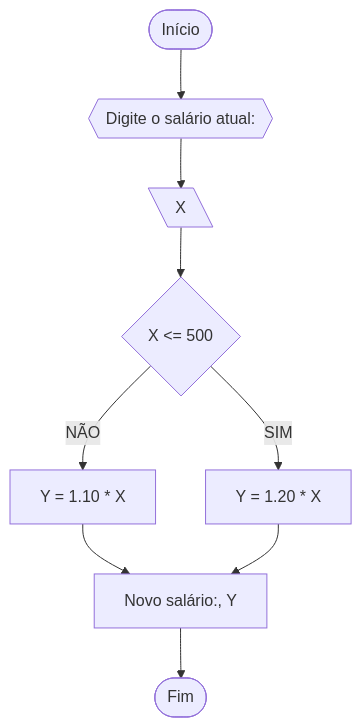
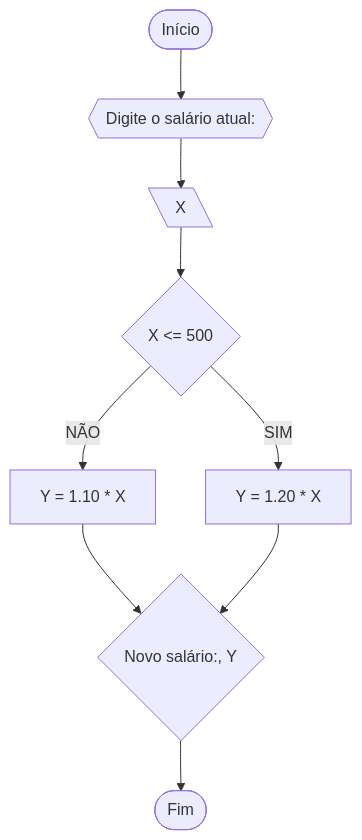
The second of 4 diagrams in RLA/lista_exercicio.md (Jandih/Unifor), drawn with Mermaid before and after one commit. The commit also changed other lines of this file, not shown here.

`````diff
--- a/RLA/lista_exercicio.md
+++ b/RLA/lista_exercicio.md
@@ -36,11 +36,11 @@
 ````mermaid
 flowchart TD
 A([Início]) --> B{{Digite o salário atual:}}
 B --> C[\X\]
 C --> D{X <= 500}
 D --NÃO--> E[Y = 1.10 * X]
 D --SIM--> F[Y = 1.20 * X]
-E --> G[Novo salário:, Y]
+E --> G{Novo salário:, Y}
 F --> G
 G --> H([Fim])
 ````
`````
